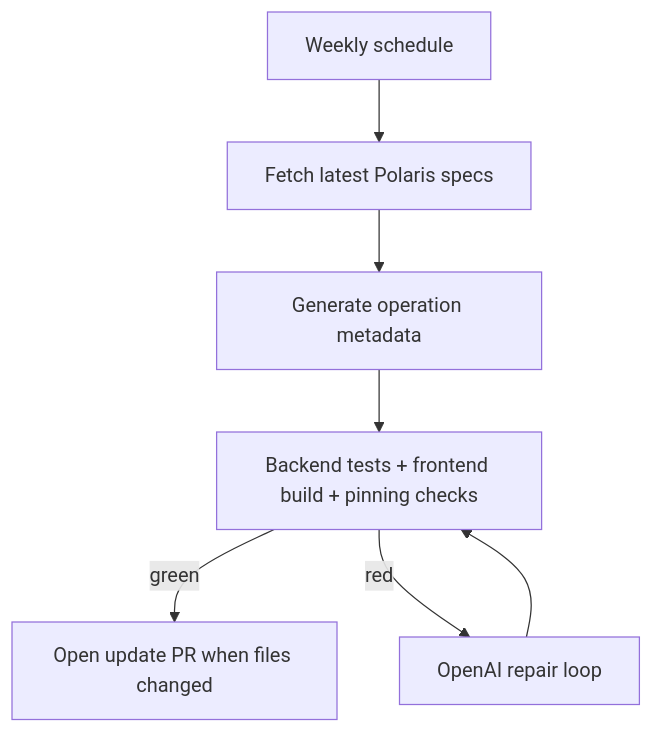
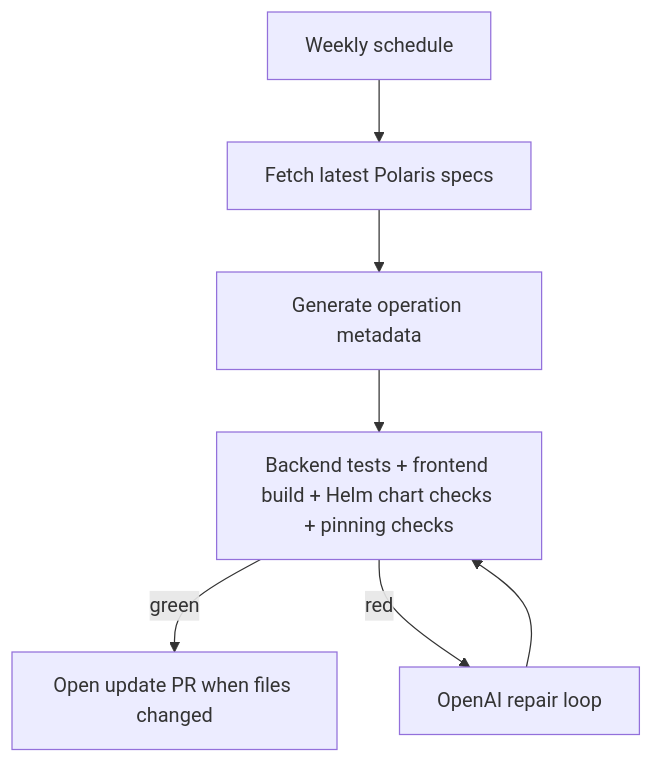
The third of 3 diagrams in README.md (tsukubatexas/polaris-console), drawn with Mermaid before and after one commit. The commit also changed other lines of this file and 26 other files, not shown here.

Commit message:
feat: add hardened Helm chart

````diff
--- a/README.md
+++ b/README.md
@@ -110,9 +110,9 @@
 ```mermaid
 flowchart TD
   Schedule["Weekly schedule"] --> Fetch["Fetch latest Polaris specs"]
   Fetch --> Generate["Generate operation metadata"]
-  Generate --> Checks["Backend tests + frontend build + pinning checks"]
+  Generate --> Checks["Backend tests + frontend build + Helm chart checks + pinning checks"]
   Checks -->|green| PR["Open update PR when files changed"]
   Checks -->|red| Repair["OpenAI repair loop"]
   Repair --> Checks
 ```
````
